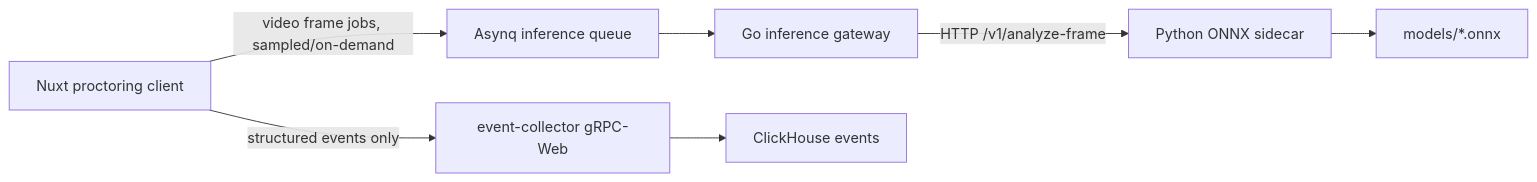
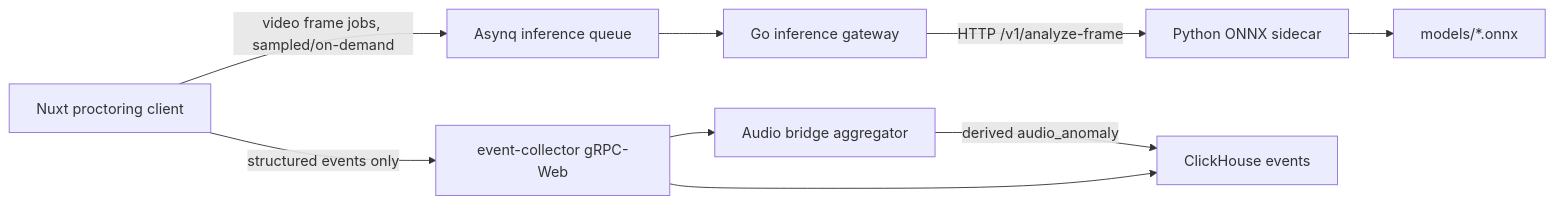
One commit to isk0nka-dot/Case-3 changed the diagram in AI_ARCHITECTURE.md. Above: the diagram before and after it, drawn with Mermaid. The commit also changed other lines of this file and 8 other files, not shown here.

````diff
--- a/AI_ARCHITECTURE.md
+++ b/AI_ARCHITECTURE.md
@@ -7,9 +7,11 @@
 ```mermaid
 flowchart LR
   FE["Nuxt proctoring client"] -->|"structured events only"| EC["event-collector gRPC-Web"]
   FE -->|"video frame jobs, sampled/on-demand"| Q["Asynq inference queue"]
   Q --> GW["Go inference gateway"]
   GW -->|"HTTP /v1/analyze-frame"| PY["Python ONNX sidecar"]
   PY --> M["models/*.onnx"]
+  EC --> AB["Audio bridge aggregator"]
+  AB -->|"derived audio_anomaly"| CH
   EC --> CH["ClickHouse events"]
 ```
````
